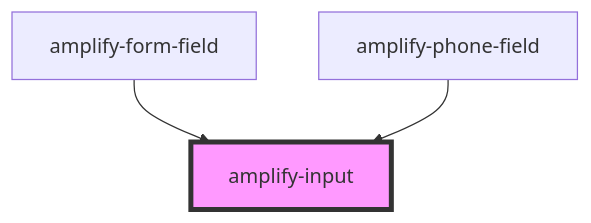
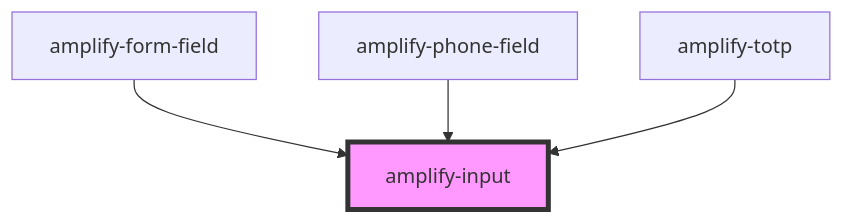
The diagram in packages/amplify-ui-components/src/components/amplify-input/readme.md (aws-amplify/amplify-js), drawn with Mermaid before and after one commit. The commit also changed other lines of this file and 6 other files, not shown here.

````diff
--- a/packages/amplify-ui-components/src/components/amplify-input/readme.md
+++ b/packages/amplify-ui-components/src/components/amplify-input/readme.md
@@ -30,6 +31,7 @@
 ```mermaid
 graph TD;
   amplify-form-field --> amplify-input
   amplify-phone-field --> amplify-input
+  amplify-totp --> amplify-input
   style amplify-input fill:#f9f,stroke:#333,stroke-width:4px
 ```
````
